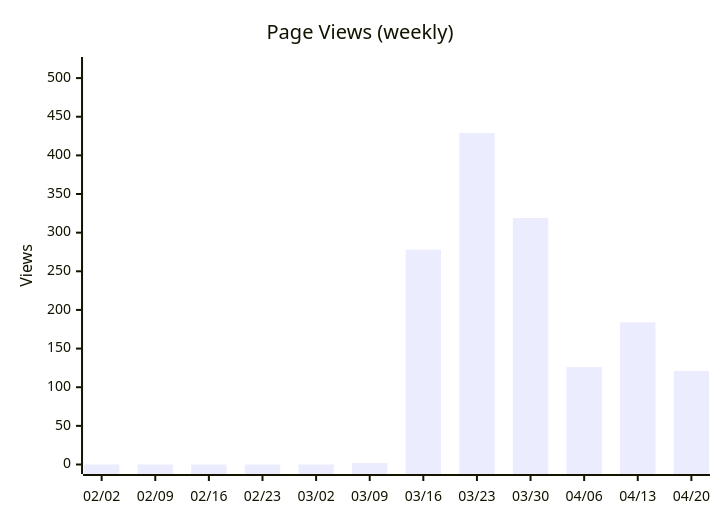
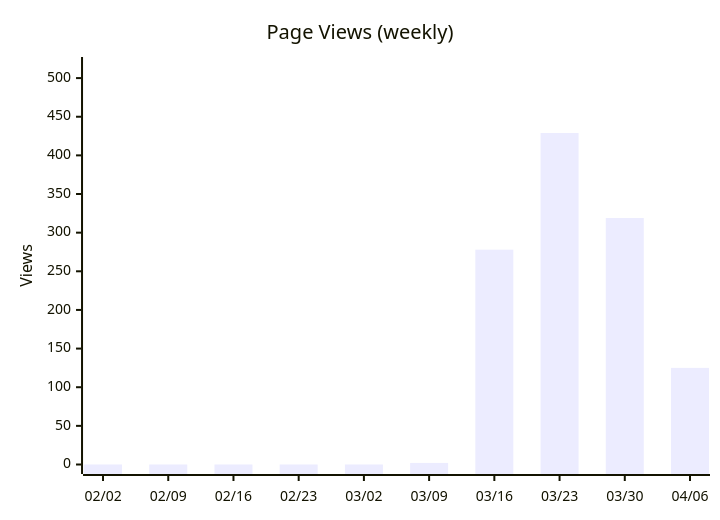
Diagram 12 of 14 in docs/metrics.md (nablarch/nabledge-dev), drawn with Mermaid before and after one commit. The commit also changed other lines of this file and 13372 other files, not shown here.

````diff
--- a/docs/metrics.md
+++ b/docs/metrics.md
@@ -157,7 +155,7 @@
 ```mermaid
 xychart-beta
   title "Page Views (weekly)"
-  x-axis ["02/02", "02/09", "02/16", "02/23", "03/02", "03/09", "03/16", "03/23", "03/30", "04/06", "04/13", "04/20"]
+  x-axis ["02/02", "02/09", "02/16", "02/23", "03/02", "03/09", "03/16", "03/23", "03/30", "04/06"]
   y-axis "Views" 0 --> 515
-  bar [0, 0, 0, 0, 0, 2, 278, 429, 319, 126, 184, 121]
+  bar [0, 0, 0, 0, 0, 2, 278, 429, 319, 125]
 ```
````
